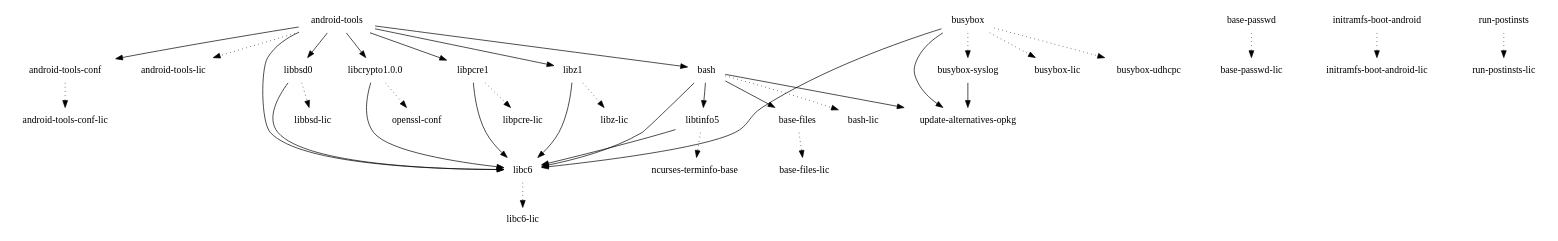
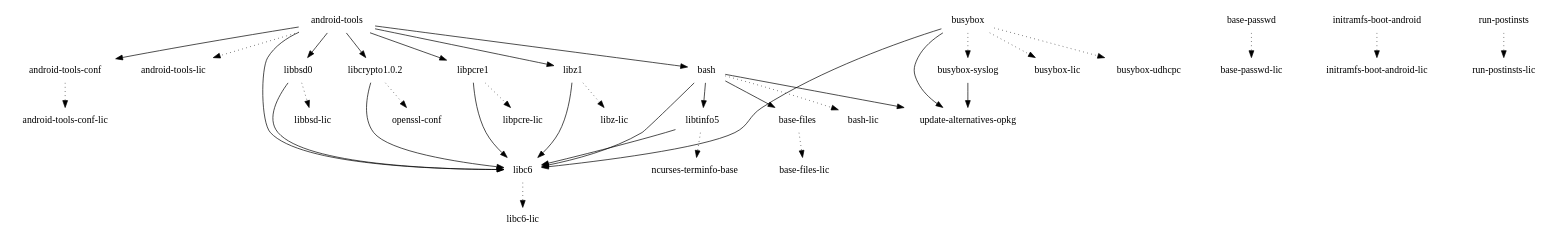
Before and after one commit to webOS-ports/buildhistory: the diagram in images/mako/glibc/initramfs-android-image/depends-nokernel.dot, drawn with Graphviz. The commit also changed 69 other files, not shown here.

```diff
--- a/images/mako/glibc/initramfs-android-image/depends-nokernel.dot
+++ b/images/mako/glibc/initramfs-android-image/depends-nokernel.dot
@@ -1,38 +1,38 @@
 digraph depends {
     node [shape=plaintext]
-"android-tools" -> "android-tools-conf";
-"android-tools" -> "android-tools-lic" [style=dotted];
-"android-tools" -> "bash";
-"android-tools-conf" -> "android-tools-conf-lic" [style=dotted];
-"android-tools" -> "libbsd0";
-"android-tools" -> "libc6";
-"android-tools" -> "libcrypto1.0.0";
-"android-tools" -> "libpcre1";
-"android-tools" -> "libz1";
-"base-files" -> "base-files-lic" [style=dotted];
-"base-passwd" -> "base-passwd-lic" [style=dotted];
-"bash" -> "base-files";
-"bash" -> "bash-lic" [style=dotted];
-"bash" -> "libc6";
-"bash" -> "libtinfo5";
-"bash" -> "update-alternatives-opkg";
-"busybox" -> "busybox-lic" [style=dotted];
-"busybox" -> "busybox-syslog" [style=dotted];
-"busybox" -> "busybox-udhcpc" [style=dotted];
-"busybox" -> "libc6";
-"busybox-syslog" -> "update-alternatives-opkg";
-"busybox" -> "update-alternatives-opkg";
-"initramfs-boot-android" -> "initramfs-boot-android-lic" [style=dotted];
-"libbsd0" -> "libbsd-lic" [style=dotted];
-"libbsd0" -> "libc6";
-"libc6" -> "libc6-lic" [style=dotted];
-"libcrypto1.0.0" -> "libc6";
-"libcrypto1.0.0" -> "openssl-conf" [style=dotted];
-"libpcre1" -> "libc6";
-"libpcre1" -> "libpcre-lic" [style=dotted];
-"libtinfo5" -> "libc6";
-"libtinfo5" -> "ncurses-terminfo-base" [style=dotted];
-"libz1" -> "libc6";
-"libz1" -> "libz-lic" [style=dotted];
-"run-postinsts" -> "run-postinsts-lic" [style=dotted];
+"android-tools" -> "android-tools-conf"
+"android-tools" -> "android-tools-lic" [style=dotted]
+"android-tools" -> "bash"
+"android-tools-conf" -> "android-tools-conf-lic" [style=dotted]
+"android-tools" -> "libbsd0"
+"android-tools" -> "libc6"
+"android-tools" -> "libcrypto1.0.2"
+"android-tools" -> "libpcre1"
+"android-tools" -> "libz1"
+"base-files" -> "base-files-lic" [style=dotted]
+"base-passwd" -> "base-passwd-lic" [style=dotted]
+"bash" -> "base-files"
+"bash" -> "bash-lic" [style=dotted]
+"bash" -> "libc6"
+"bash" -> "libtinfo5"
+"bash" -> "update-alternatives-opkg"
+"busybox" -> "busybox-lic" [style=dotted]
+"busybox" -> "busybox-syslog" [style=dotted]
+"busybox" -> "busybox-udhcpc" [style=dotted]
+"busybox" -> "libc6"
+"busybox-syslog" -> "update-alternatives-opkg"
+"busybox" -> "update-alternatives-opkg"
+"initramfs-boot-android" -> "initramfs-boot-android-lic" [style=dotted]
+"libbsd0" -> "libbsd-lic" [style=dotted]
+"libbsd0" -> "libc6"
+"libc6" -> "libc6-lic" [style=dotted]
+"libcrypto1.0.2" -> "libc6"
+"libcrypto1.0.2" -> "openssl-conf" [style=dotted]
+"libpcre1" -> "libc6"
+"libpcre1" -> "libpcre-lic" [style=dotted]
+"libtinfo5" -> "libc6"
+"libtinfo5" -> "ncurses-terminfo-base" [style=dotted]
+"libz1" -> "libc6"
+"libz1" -> "libz-lic" [style=dotted]
+"run-postinsts" -> "run-postinsts-lic" [style=dotted]
 }
```
